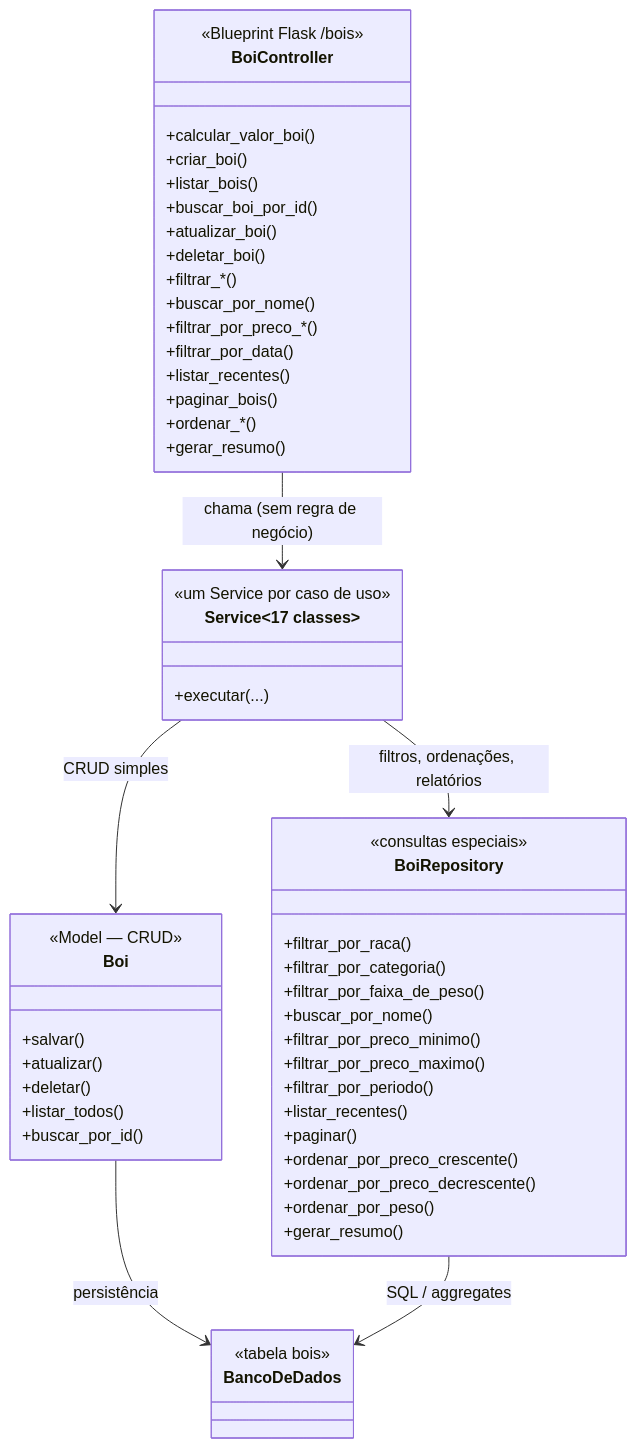
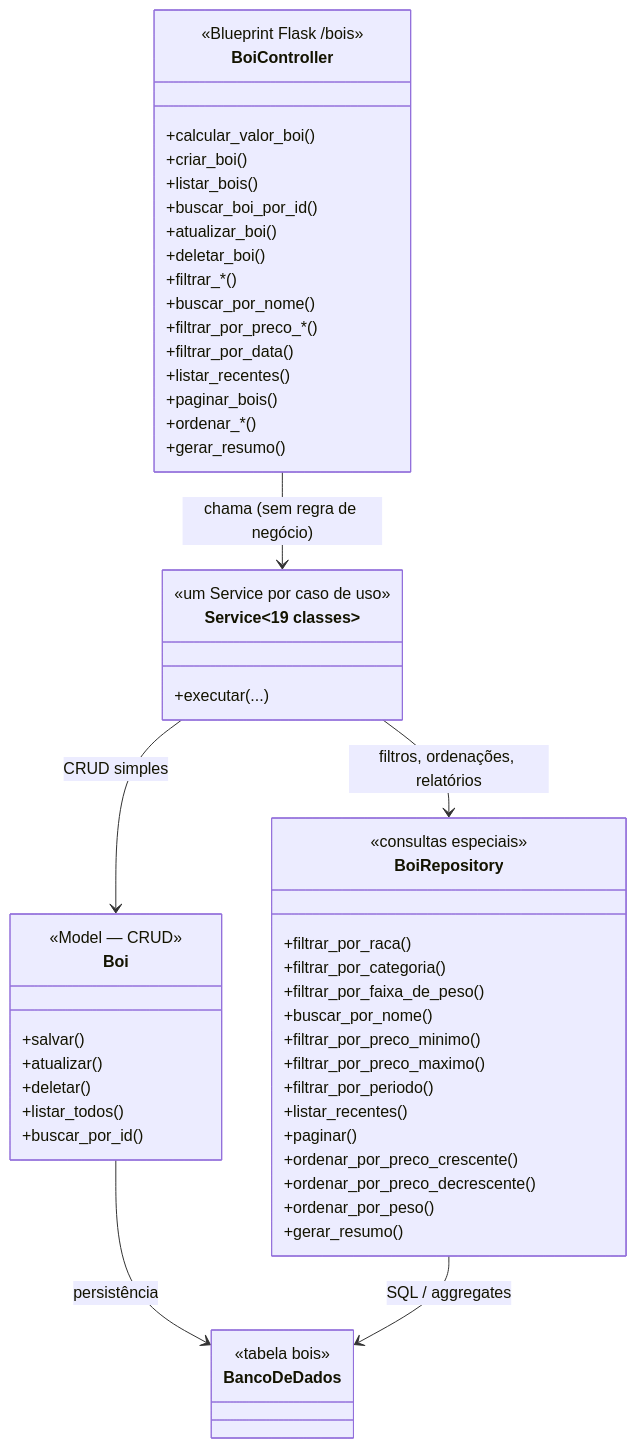
Before and after one commit to HeitorAlvesCardoso/AgrologicVersaoATUAL: the second of 2 diagrams in docs/diagrama-de-classes.md, drawn with Mermaid. The commit also changed other lines of this file and 1 other file, not shown here.

Commit message:
docs: adicionar roteiro da apresentação e corrigir a contagem de Services no diagrama

````diff
--- a/docs/diagrama-de-classes.md
+++ b/docs/diagrama-de-classes.md
@@ -50,61 +50,61 @@
 ```mermaid
 classDiagram
     class BoiController {
         <<Blueprint Flask /bois>>
         +calcular_valor_boi()
         +criar_boi()
         +listar_bois()
         +buscar_boi_por_id()
         +atualizar_boi()
         +deletar_boi()
         +filtrar_*()
         +buscar_por_nome()
         +filtrar_por_preco_*()
         +filtrar_por_data()
         +listar_recentes()
         +paginar_bois()
         +ordenar_*()
         +gerar_resumo()
     }
 
-    class Service~17 classes~ {
+    class Service~19 classes~ {
         <<um Service por caso de uso>>
         +executar(...)
     }
 
     class Boi {
         <<Model — CRUD>>
         +salvar()
         +atualizar()
         +deletar()
         +listar_todos()
         +buscar_por_id()
     }
 
     class BoiRepository {
         <<consultas especiais>>
         +filtrar_por_raca()
         +filtrar_por_categoria()
         +filtrar_por_faixa_de_peso()
         +buscar_por_nome()
         +filtrar_por_preco_minimo()
         +filtrar_por_preco_maximo()
         +filtrar_por_periodo()
         +listar_recentes()
         +paginar()
         +ordenar_por_preco_crescente()
         +ordenar_por_preco_decrescente()
         +ordenar_por_peso()
         +gerar_resumo()
     }
 
     class BancoDeDados {
         <<tabela bois>>
     }
 
     BoiController --> Service : chama (sem regra de negócio)
     Service --> Boi : CRUD simples
     Service --> BoiRepository : filtros, ordenações, relatórios
     Boi --> BancoDeDados : persistência
     BoiRepository --> BancoDeDados : SQL / aggregates
 ```
````
